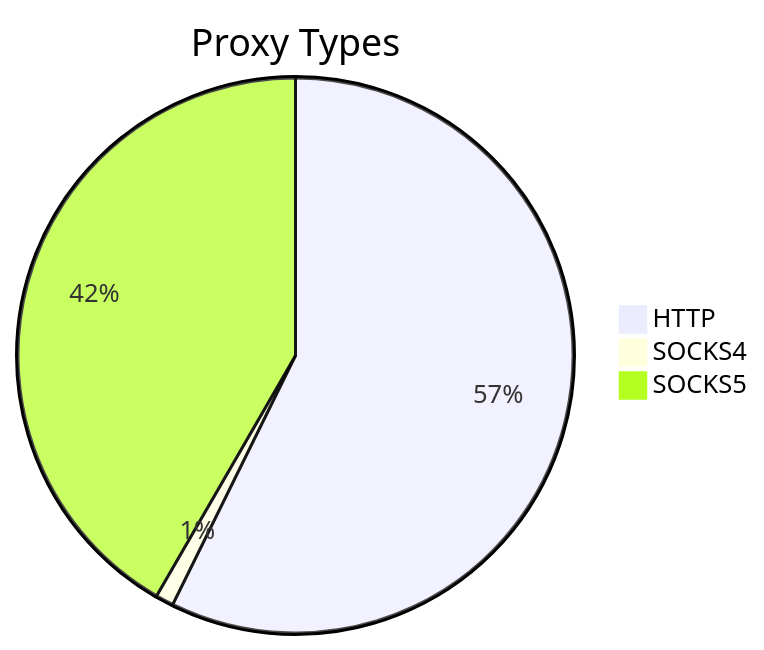
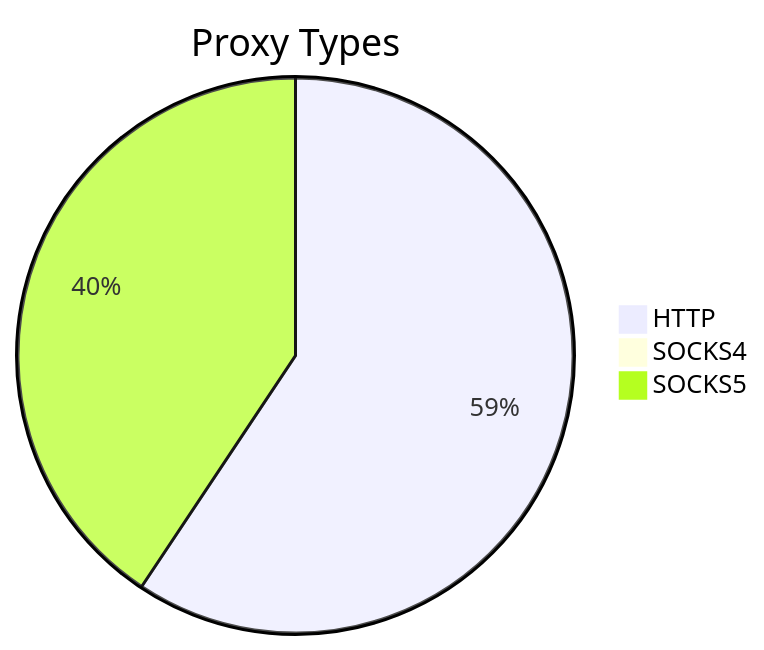
Before and after one commit to stormsia/proxy-list: the first of 2 diagrams in README.md, drawn with Mermaid. The commit also changed other lines of this file, not shown here.

````diff
--- a/README.md
+++ b/README.md
@@ -21,6 +21,6 @@
 ```mermaid
 pie title Proxy Types
-    "HTTP" : 1752
-    "SOCKS4" : 32
-    "SOCKS5" : 1274
+    "HTTP" : 1298
+    "SOCKS4" : 16
+    "SOCKS5" : 889
 ```
````
